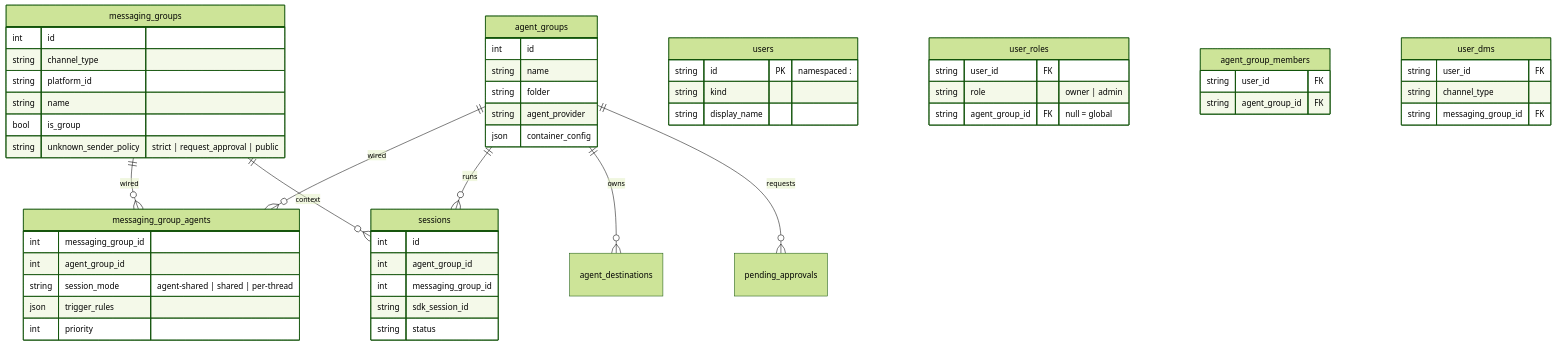
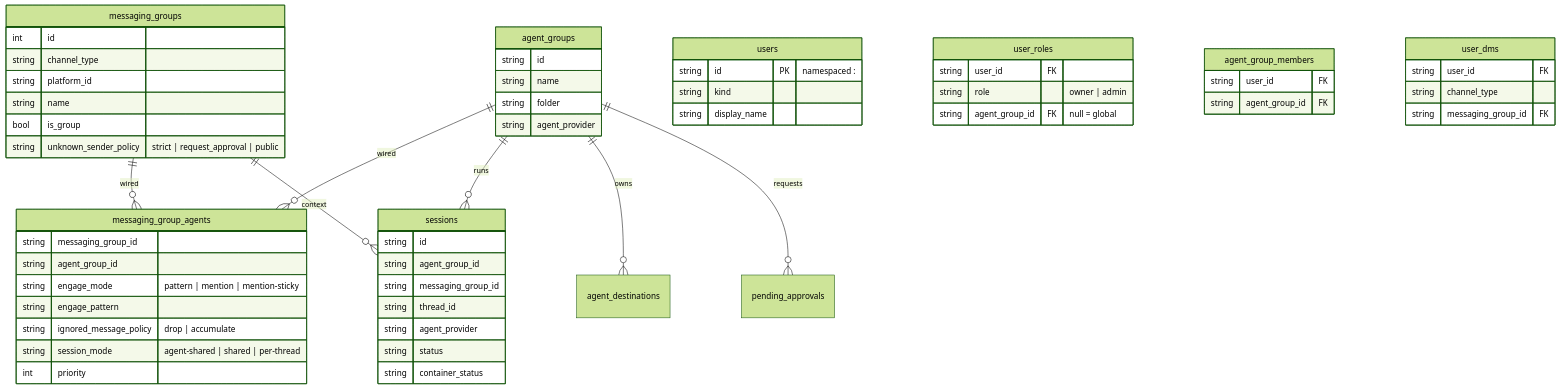
Before and after one commit to albanleandri/nanoclaw: the fourth of 5 diagrams in docs/architecture-diagram.md, drawn with Mermaid (forest theme). The commit also changed other lines of this file and 16 other files, not shown here.

````diff
--- a/docs/architecture-diagram.md
+++ b/docs/architecture-diagram.md
@@ -129,58 +131,61 @@
 ```mermaid
 erDiagram
   agent_groups ||--o{ messaging_group_agents : wired
   messaging_groups ||--o{ messaging_group_agents : wired
   agent_groups ||--o{ sessions : runs
   messaging_groups ||--o{ sessions : context
   agent_groups ||--o{ agent_destinations : owns
   agent_groups ||--o{ pending_approvals : requests
 
   agent_groups {
-    int id
+    string id
     string name
     string folder
     string agent_provider
-    json container_config
   }
   messaging_groups {
     int id
     string channel_type
     string platform_id
     string name
     bool is_group
     string unknown_sender_policy "strict | request_approval | public"
   }
   users {
     string id PK "namespaced <channel>:<handle>"
     string kind
     string display_name
   }
   user_roles {
     string user_id FK
     string role "owner | admin"
     string agent_group_id FK "null = global"
   }
   agent_group_members {
     string user_id FK
     string agent_group_id FK
   }
   user_dms {
     string user_id FK
     string channel_type
     string messaging_group_id FK
   }
   messaging_group_agents {
-    int messaging_group_id
-    int agent_group_id
+    string messaging_group_id
+    string agent_group_id
+    string engage_mode "pattern | mention | mention-sticky"
+    string engage_pattern
+    string ignored_message_policy "drop | accumulate"
     string session_mode "agent-shared | shared | per-thread"
-    json trigger_rules
     int priority
   }
   sessions {
-    int id
-    int agent_group_id
-    int messaging_group_id
-    string sdk_session_id
+    string id
+    string agent_group_id
+    string messaging_group_id
+    string thread_id
+    string agent_provider
     string status
+    string container_status
   }
 ```
````
